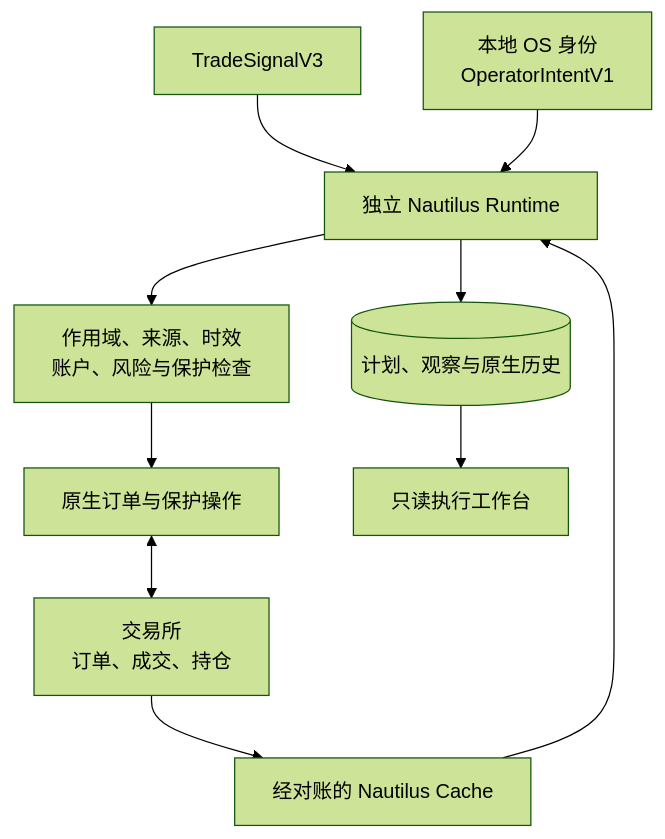
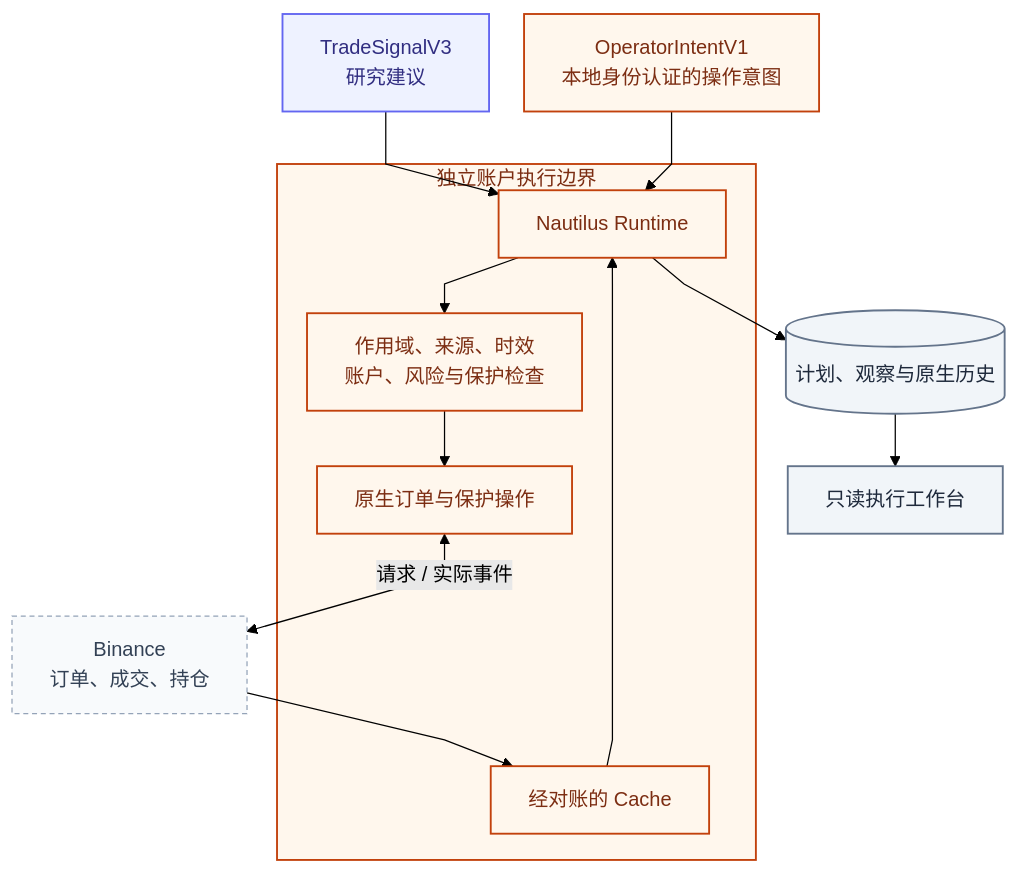
One commit to AnalyThothAI/tracefold changed the first of 2 diagrams in docs/modules/execution.md. Above: the diagram before and after it, drawn with Mermaid (forest theme). The commit also changed other lines of this file and 19 other files, not shown here.

Commit message:
docs: unify Chinese handbook design and architecture diagrams

````diff
--- a/docs/modules/execution.md
+++ b/docs/modules/execution.md
@@ -24,12 +36,34 @@
 ```mermaid
+---
+config:
+  fontFamily: "system-ui, Noto Sans CJK SC, Microsoft YaHei, WenQuanYi Zen Hei, sans-serif"
+  flowchart:
+    curve: linear
+    nodeSpacing: 28
+    rankSpacing: 42
+---
 flowchart TB
-    Signal["TradeSignalV3"] --> Runtime["独立 Nautilus Runtime"]
-    Operator["本地 OS 身份<br/>OperatorIntentV1"] --> Runtime
-    Runtime --> Check["作用域、来源、时效<br/>账户、风险与保护检查"]
-    Check --> Order["原生订单与保护操作"]
-    Order <--> Venue["交易所<br/>订单、成交、持仓"]
-    Venue --> Cache["经对账的 Nautilus Cache"]
-    Cache --> Runtime
+    accTitle: 独立账户执行所有权
+    accDescr: Signal 和本地认证的操作意图交给 Runtime；检查后执行原生订单。交易所事件进入经对账 Cache，观察与历史写入持久记录供只读工作台查看。
+    Signal["TradeSignalV3<br/>研究建议"] --> Runtime
+    Operator["OperatorIntentV1<br/>本地身份认证的操作意图"] --> Runtime
+    subgraph EXEC["独立账户执行边界"]
+        Runtime["Nautilus Runtime"] --> Check["作用域、来源、时效<br/>账户、风险与保护检查"]
+        Check --> Order["原生订单与保护操作"]
+        Cache["经对账的 Cache"] --> Runtime
+    end
+    Order <-->|请求 / 实际事件| Venue["Binance<br/>订单、成交、持仓"]
+    Venue --> Cache
     Runtime --> Ledger[("计划、观察与原生历史")]
     Ledger --> UI["只读执行工作台"]
+
+    classDef news fill:#ecfdf5,stroke:#0f766e,color:#134e4a,stroke-width:1.5px
+    classDef research fill:#eef2ff,stroke:#6366f1,color:#312e81,stroke-width:1.5px
+    classDef execution fill:#fff7ed,stroke:#c2410c,color:#7c2d12,stroke-width:1.5px
+    classDef store fill:#f1f5f9,stroke:#64748b,color:#1e293b,stroke-width:1.5px
+    classDef external fill:#f8fafc,stroke:#94a3b8,color:#334155,stroke-dasharray:4 3
+class Signal research;
+class Operator,EXEC,Runtime,Check,Order,Cache execution;
+class Venue external;
+class Ledger,UI store;
 ```
````
